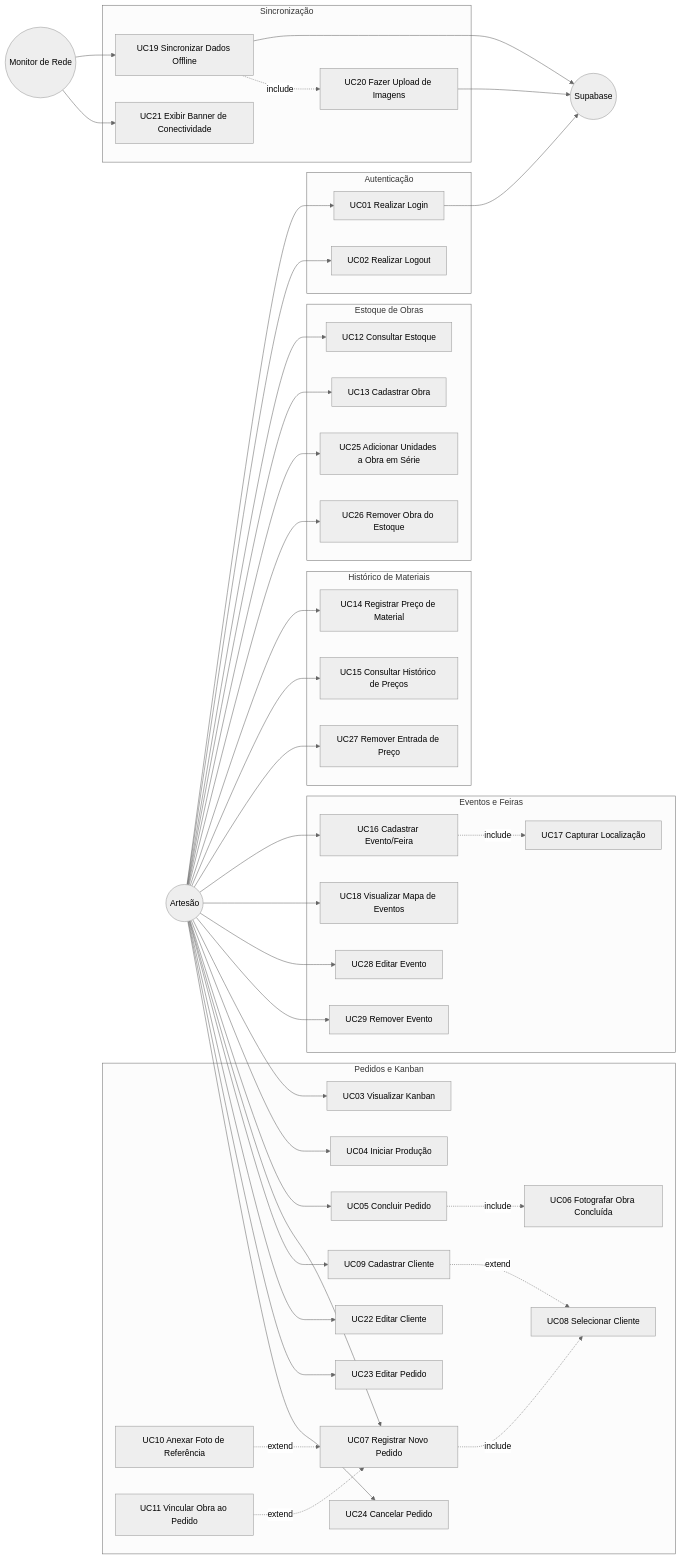
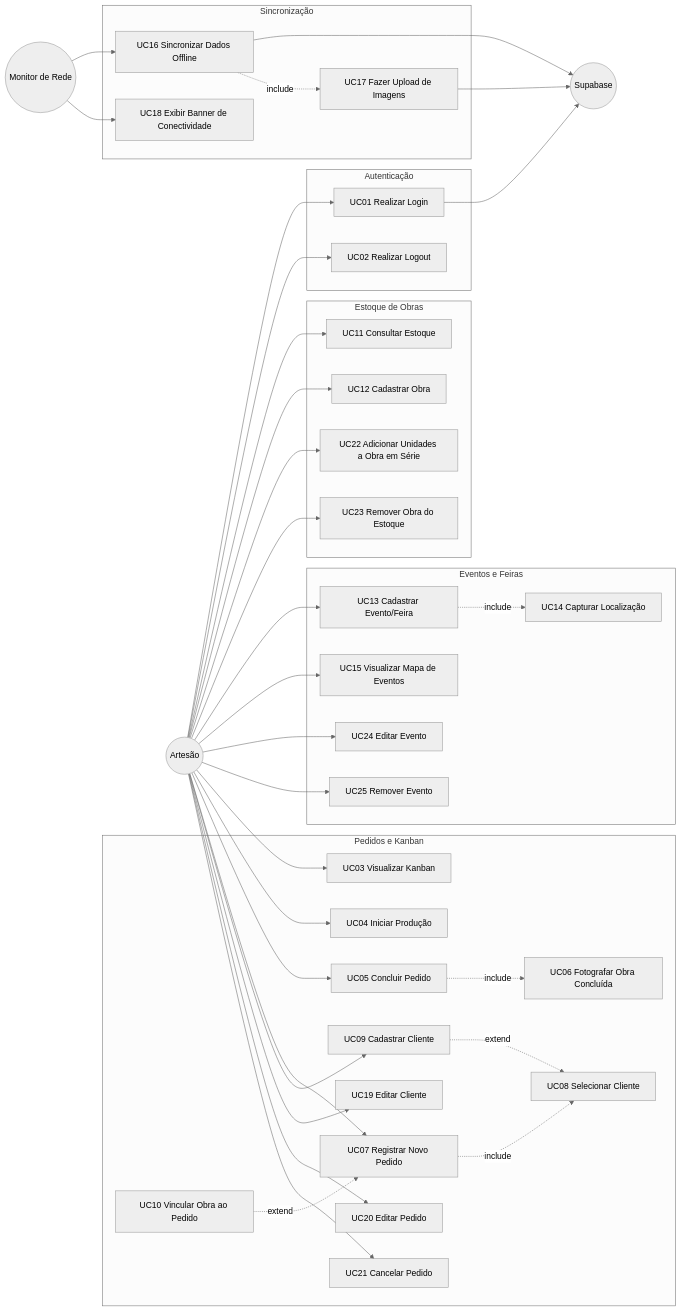
Before and after one commit to rmofilh/ate: the first of 12 diagrams in docs/ate-fase2.md, drawn with Mermaid (neutral theme). The commit also changed other lines of this file and 1 other file, not shown here.

````diff
--- a/docs/ate-fase2.md
+++ b/docs/ate-fase2.md
@@ -90,38 +85,31 @@
         UC07["UC07 Registrar Novo Pedido"]
         UC08["UC08 Selecionar Cliente"]
         UC09["UC09 Cadastrar Cliente"]
-        UC10["UC10 Anexar Foto de Referência"]
-        UC11["UC11 Vincular Obra ao Pedido"]
-        UC22["UC22 Editar Cliente"]
-        UC23["UC23 Editar Pedido"]
-        UC24["UC24 Cancelar Pedido"]
+        UC10["UC10 Vincular Obra ao Pedido"]
+        UC19["UC19 Editar Cliente"]
+        UC20["UC20 Editar Pedido"]
+        UC21["UC21 Cancelar Pedido"]
     end
 
     subgraph ESTOQUE["Estoque de Obras"]
-        UC12["UC12 Consultar Estoque"]
-        UC13["UC13 Cadastrar Obra"]
-        UC25["UC25 Adicionar Unidades a Obra em Série"]
-        UC26["UC26 Remover Obra do Estoque"]
-    end
-
-    subgraph MATERIAIS["Histórico de Materiais"]
-        UC14["UC14 Registrar Preço de Material"]
-        UC15["UC15 Consultar Histórico de Preços"]
-        UC27["UC27 Remover Entrada de Preço"]
+        UC11["UC11 Consultar Estoque"]
+        UC12["UC12 Cadastrar Obra"]
+        UC22["UC22 Adicionar Unidades a Obra em Série"]
+        UC23["UC23 Remover Obra do Estoque"]
     end
 
     subgraph EVENTOS["Eventos e Feiras"]
-        UC16["UC16 Cadastrar Evento/Feira"]
-        UC17["UC17 Capturar Localização"]
-        UC18["UC18 Visualizar Mapa de Eventos"]
-        UC28["UC28 Editar Evento"]
-        UC29["UC29 Remover Evento"]
+        UC13["UC13 Cadastrar Evento/Feira"]
+        UC14["UC14 Capturar Localização"]
+        UC15["UC15 Visualizar Mapa de Eventos"]
+        UC24["UC24 Editar Evento"]
+        UC25["UC25 Remover Evento"]
     end
 
     subgraph SYNC["Sincronização"]
-        UC19["UC19 Sincronizar Dados Offline"]
-        UC20["UC20 Fazer Upload de Imagens"]
-        UC21["UC21 Exibir Banner de Conectividade"]
+        UC16["UC16 Sincronizar Dados Offline"]
+        UC17["UC17 Fazer Upload de Imagens"]
+        UC18["UC18 Exibir Banner de Conectividade"]
     end
 
     Artesao --> UC01
@@ -131,33 +119,29 @@
     Artesao --> UC05
     Artesao --> UC07
     Artesao --> UC09
+    Artesao --> UC19
+    Artesao --> UC20
+    Artesao --> UC21
+    Artesao --> UC11
+    Artesao --> UC12
     Artesao --> UC22
     Artesao --> UC23
+    Artesao --> UC13
+    Artesao --> UC15
     Artesao --> UC24
-    Artesao --> UC12
-    Artesao --> UC13
     Artesao --> UC25
-    Artesao --> UC26
-    Artesao --> UC14
-    Artesao --> UC15
-    Artesao --> UC27
-    Artesao --> UC16
-    Artesao --> UC18
-    Artesao --> UC28
-    Artesao --> UC29
 
-    MonitorRede --> UC19
-    MonitorRede --> UC21
+    MonitorRede --> UC16
+    MonitorRede --> UC18
 
     UC01 --> Supabase
-    UC19 --> Supabase
-    UC20 --> Supabase
+    UC16 --> Supabase
+    UC17 --> Supabase
 
     UC05 -. include .-> UC06
     UC07 -. include .-> UC08
     UC09 -. extend .-> UC08
     UC10 -. extend .-> UC07
-    UC11 -. extend .-> UC07
+    UC13 -. include .-> UC14
     UC16 -. include .-> UC17
-    UC19 -. include .-> UC20
 ```
````
